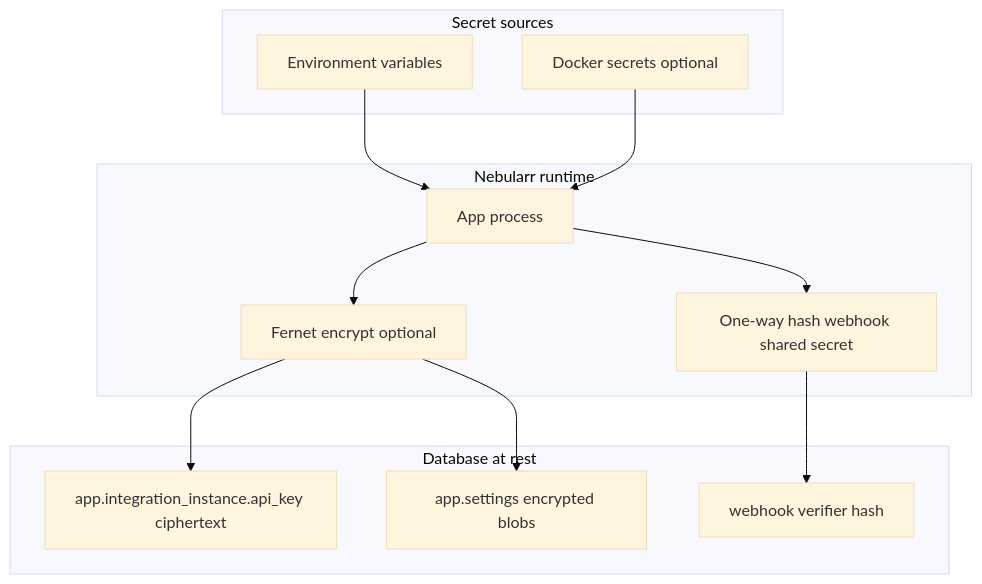
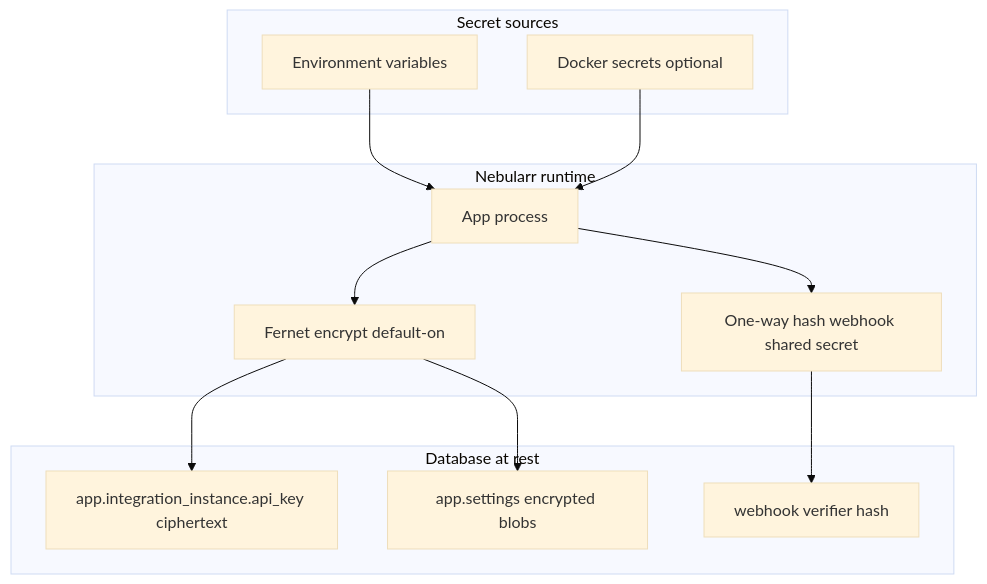
One commit to dlommm/Nebularr changed the diagram in docs/SECRETS.md. Above: the diagram before and after it, drawn with Mermaid (base theme). The commit also changed other lines of this file and 8 other files, not shown here.

First line of the commit message:
docs: SECURITY.md, CONTRIBUTING.md, CHANGELOG.md; refresh README/architecture/secrets docs

````diff
--- a/docs/SECRETS.md
+++ b/docs/SECRETS.md
@@ -7,24 +7,24 @@
 ```mermaid
 flowchart TB
   subgraph sources [Secret sources]
     env[Environment variables]
     ds[Docker secrets optional]
   end
   subgraph runtime [Nebularr runtime]
     app[App process]
-    enc[Fernet encrypt optional]
+    enc[Fernet encrypt default-on]
     hash[One-way hash webhook shared secret]
   end
   subgraph at_rest [Database at rest]
     integ[app.integration_instance.api_key ciphertext]
     settings[app.settings encrypted blobs]
     wh_hash[webhook verifier hash]
   end
   env --> app
   ds --> app
   app --> enc
   enc --> integ
   enc --> settings
   app --> hash
   hash --> wh_hash
 ```
````
